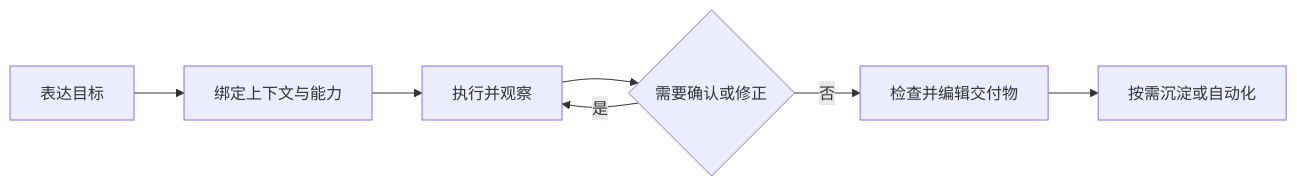
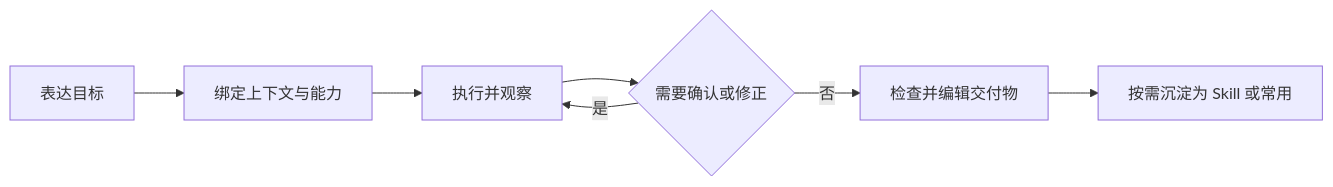
The diagram in docs/product.md (chuancyzhang/deepseek-cowork), drawn with Mermaid before and after one commit. The commit also changed other lines of this file and 32 other files, not shown here.

````diff
--- a/docs/product.md
+++ b/docs/product.md
@@ -22,9 +22,9 @@
 ```mermaid
 flowchart LR
     A["表达目标"] --> B["绑定上下文与能力"]
     B --> C["执行并观察"]
     C --> D{"需要确认或修正"}
     D -- "是" --> C
     D -- "否" --> E["检查并编辑交付物"]
-    E --> F["按需沉淀或自动化"]
+    E --> F["按需沉淀为 Skill 或常用"]
 ```
````
